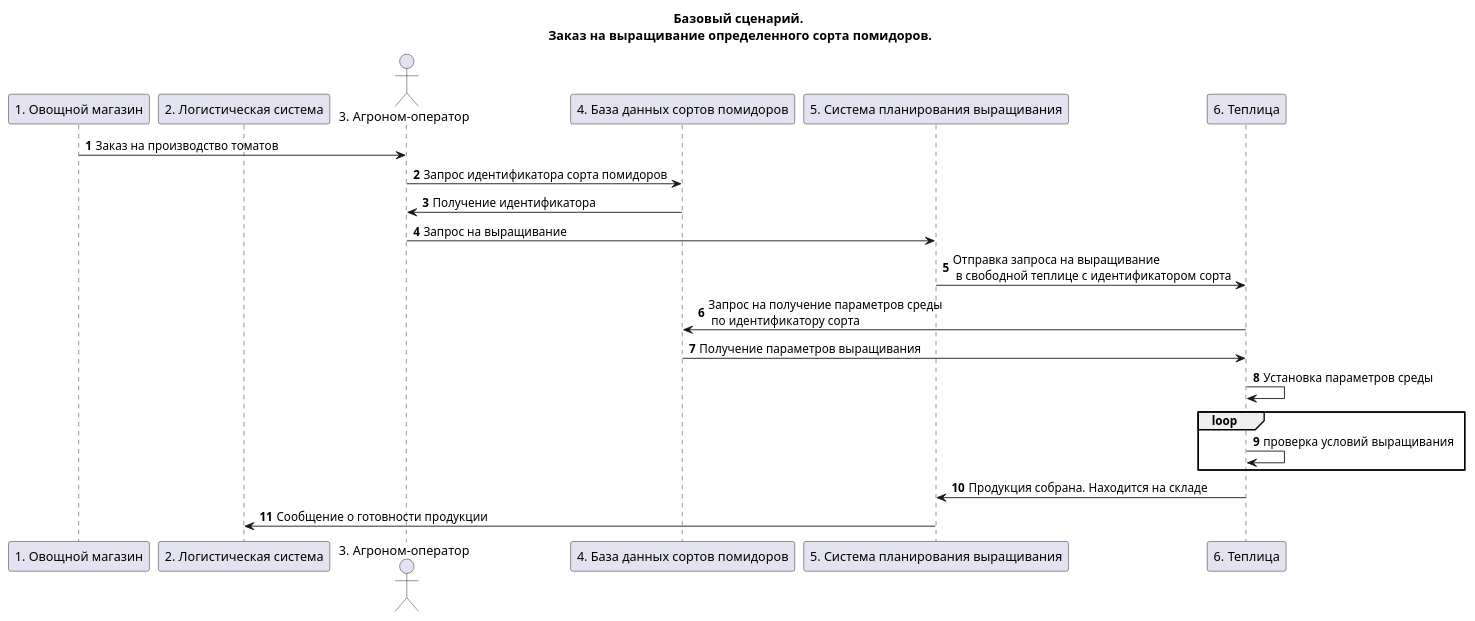
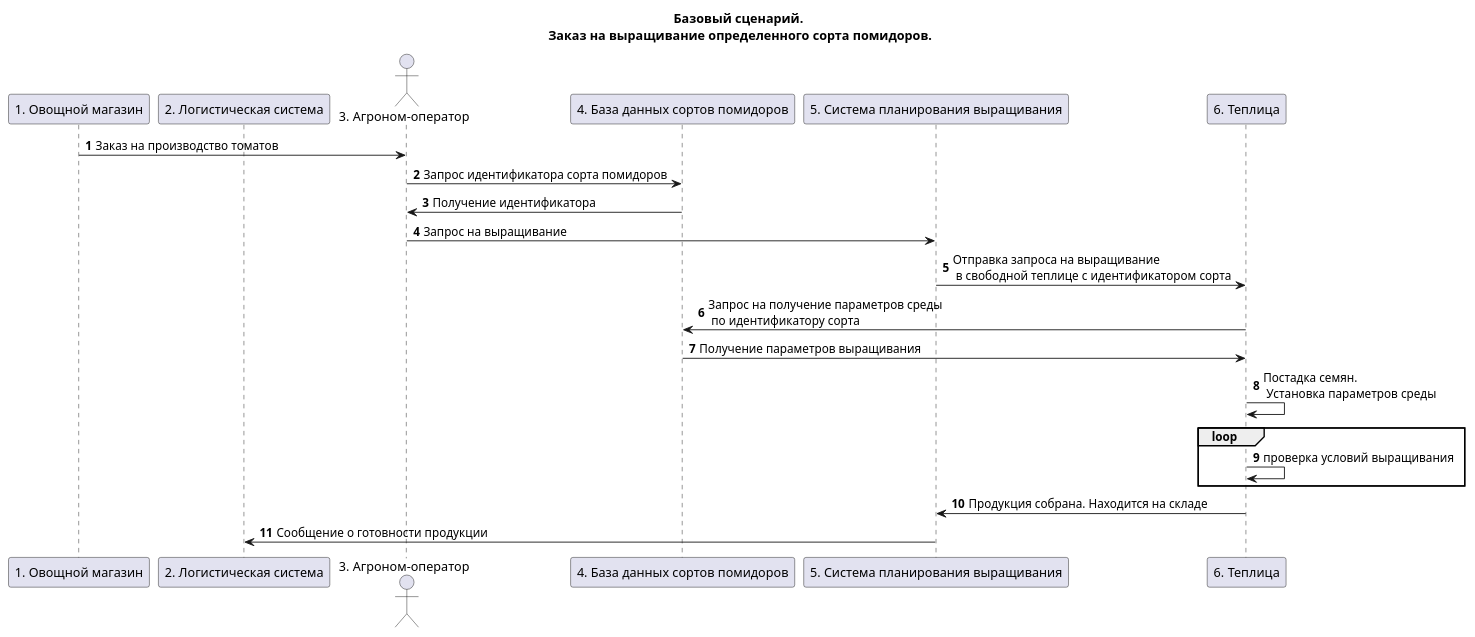
Before and after one commit to LibSyfer/CyberImmunity: the diagram in KP/docs/schemes/general-proccessing-scheme.wsd, drawn with PlantUML.

Commit message:
Обновлена общая схема процесса выращивания

```diff
--- a/KP/docs/schemes/general-proccessing-scheme.wsd
+++ b/KP/docs/schemes/general-proccessing-scheme.wsd
@@ -1,34 +1,34 @@
 @startuml "usecases"
 
 title "Базовый сценарий.\n Заказ на выращивание определенного сорта помидоров."
 
 participant "1. Овощной магазин" as vegetable_shop
 participant "2. Логистическая система" as logistics_system
 actor "3. Агроном-оператор" as operator
 participant "4. База данных сортов помидоров" as tomato_db
 participant "5. Система планирования выращивания" as growing_manager_system
 participant "6. Теплица" as greenhouse
 
 autonumber
 vegetable_shop -> operator: Заказ на производство томатов
 
 operator -> tomato_db: Запрос идентификатора сорта помидоров
 tomato_db -> operator: Получение идентификатора
 
 operator -> growing_manager_system: Запрос на выращивание
 growing_manager_system -> greenhouse: Отправка запроса на выращивание\n в свободной теплице с идентификатором сорта
 
 greenhouse -> tomato_db: Запрос на получение параметров среды\n по идентификатору сорта
 tomato_db -> greenhouse: Получение параметров выращивания
 
-greenhouse -> greenhouse: Установка параметров среды
+greenhouse -> greenhouse: Постадка семян.\n Установка параметров среды
 
 loop
 greenhouse -> greenhouse: проверка условий выращивания
 end
 
 greenhouse -> growing_manager_system: Продукция собрана. Находится на складе
 
 growing_manager_system -> logistics_system: Сообщение о готовности продукции
 
 @enduml
```
